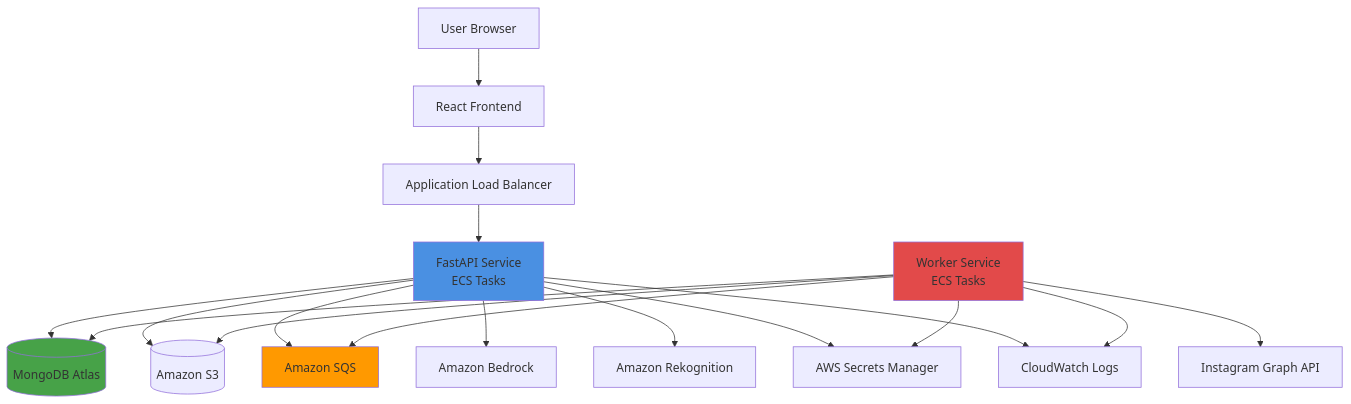
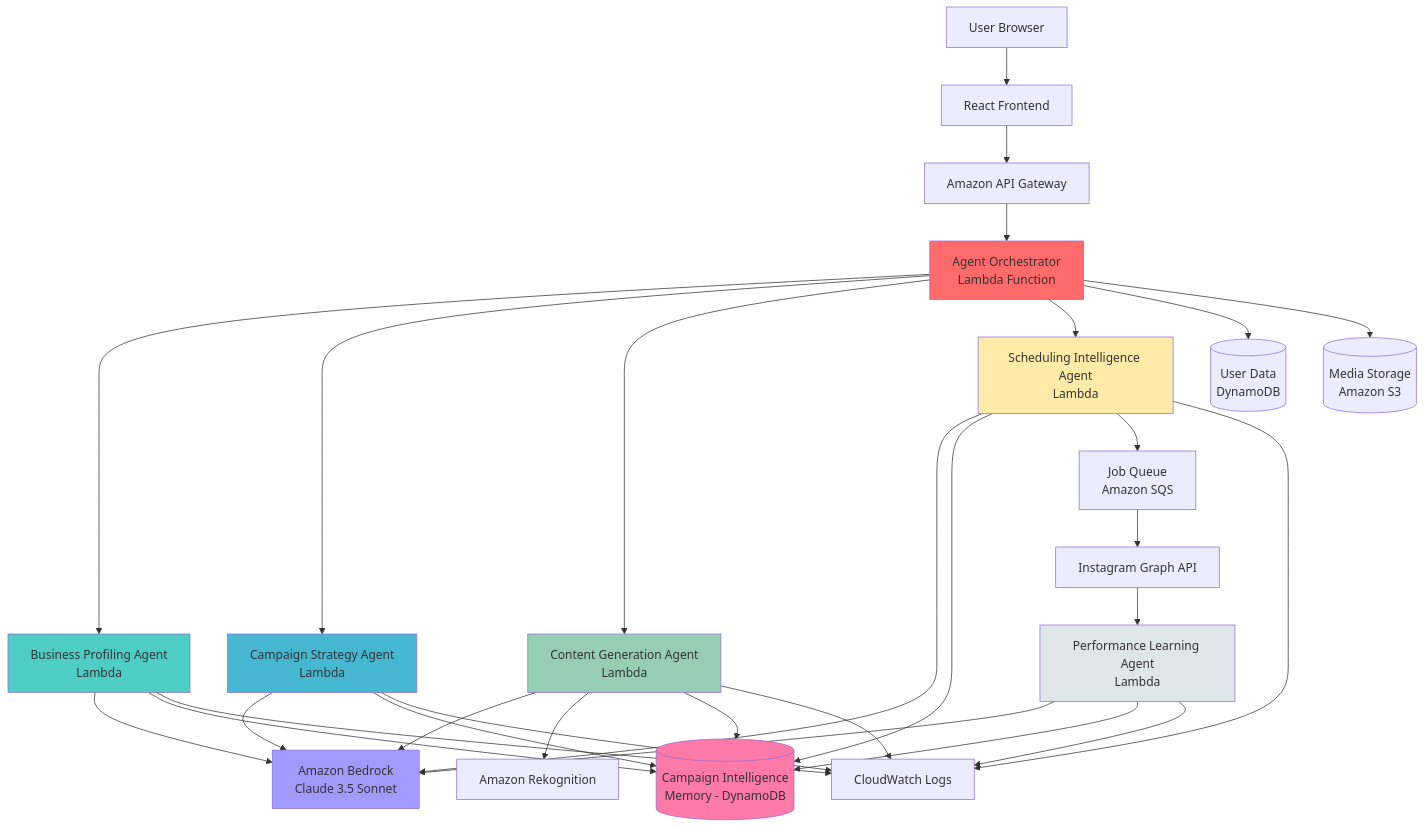
Before and after one commit to Shlok-Dubey/AI4Bharat: the diagram in .kiro/specs/autosocial-ai/design.md, drawn with Mermaid. The commit also changed other lines of this file, not shown here.

````diff
--- a/.kiro/specs/autosocial-ai/design.md
+++ b/.kiro/specs/autosocial-ai/design.md
@@ -56,40 +132,68 @@
 ```mermaid
 graph TB
     User[User Browser]
     React[React Frontend]
-    ALB[Application Load Balancer]
-    API[FastAPI Service<br/>ECS Tasks]
-    Worker[Worker Service<br/>ECS Tasks]
+    APIGateway[Amazon API Gateway]
     
-    Mongo[(MongoDB Atlas)]
-    S3[(Amazon S3)]
-    SQS[Amazon SQS]
-    Bedrock[Amazon Bedrock]
+    Orchestrator[Agent Orchestrator<br/>Lambda Function]
+    ProfileAgent[Business Profiling Agent<br/>Lambda]
+    StrategyAgent[Campaign Strategy Agent<br/>Lambda]
+    ContentAgent[Content Generation Agent<br/>Lambda]
+    ScheduleAgent[Scheduling Intelligence Agent<br/>Lambda]
+    LearnAgent[Performance Learning Agent<br/>Lambda]
+    
+    Memory[(Campaign Intelligence<br/>Memory - DynamoDB)]
+    UserDB[(User Data<br/>DynamoDB)]
+    S3[(Media Storage<br/>Amazon S3)]
+    SQS[Job Queue<br/>Amazon SQS]
+    Bedrock[Amazon Bedrock<br/>Claude 3.5 Sonnet]
     Rekognition[Amazon Rekognition]
     Instagram[Instagram Graph API]
-    Secrets[AWS Secrets Manager]
     CloudWatch[CloudWatch Logs]
     
     User --> React
-    React --> ALB
-    ALB --> API
-    API --> Mongo
-    API --> S3
-    API --> SQS
-    API --> Bedrock
-    API --> Rekognition
-    API --> Secrets
-    API --> CloudWatch
+    React --> APIGateway
+    APIGateway --> Orchestrator
     
-    Worker --> SQS
-    Worker --> Mongo
-    Worker --> S3
-    Worker --> Instagram
-    Worker --> Secrets
-    Worker --> CloudWatch
+    Orchestrator --> ProfileAgent
+    Orchestrator --> StrategyAgent
+    Orchestrator --> ContentAgent
+    Orchestrator --> ScheduleAgent
     
-    style API fill:#4A90E2
-    style Worker fill:#E24A4A
-    style Mongo fill:#47A248
-    style SQS fill:#FF9900
+    ProfileAgent --> Bedrock
+    ProfileAgent --> Memory
+    
+    StrategyAgent --> Bedrock
+    StrategyAgent --> Memory
+    
+    ContentAgent --> Bedrock
+    ContentAgent --> Rekognition
+    ContentAgent --> Memory
+    
+    ScheduleAgent --> Bedrock
+    ScheduleAgent --> Memory
+    ScheduleAgent --> SQS
+    
+    SQS --> Instagram
+    Instagram --> LearnAgent
+    LearnAgent --> Bedrock
+    LearnAgent --> Memory
+    
+    Orchestrator --> UserDB
+    Orchestrator --> S3
+    
+    ProfileAgent --> CloudWatch
+    StrategyAgent --> CloudWatch
+    ContentAgent --> CloudWatch
+    ScheduleAgent --> CloudWatch
+    LearnAgent --> CloudWatch
+    
+    style Orchestrator fill:#FF6B6B
+    style ProfileAgent fill:#4ECDC4
+    style StrategyAgent fill:#45B7D1
+    style ContentAgent fill:#96CEB4
+    style ScheduleAgent fill:#FFEAA7
+    style LearnAgent fill:#DFE6E9
+    style Memory fill:#FD79A8
+    style Bedrock fill:#A29BFE
 ```
````
